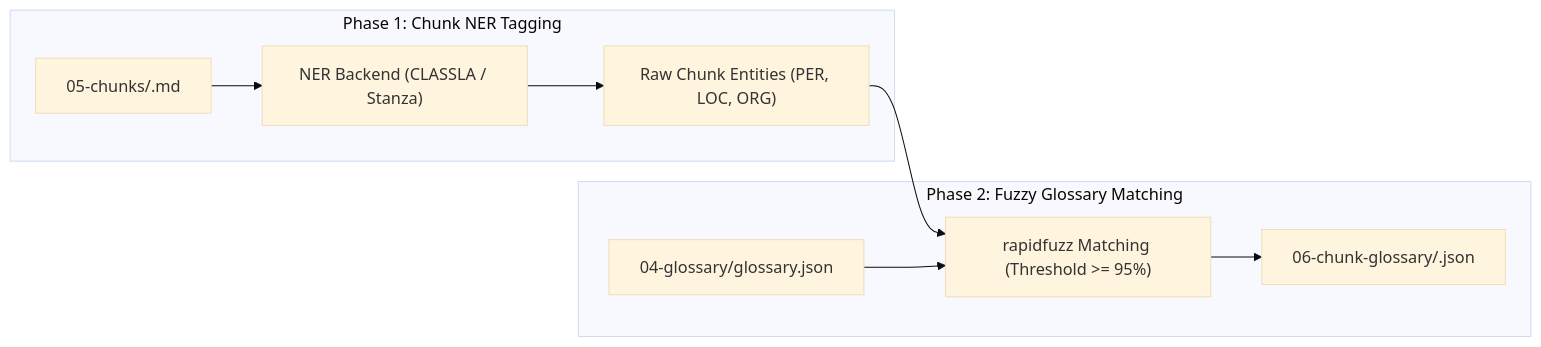
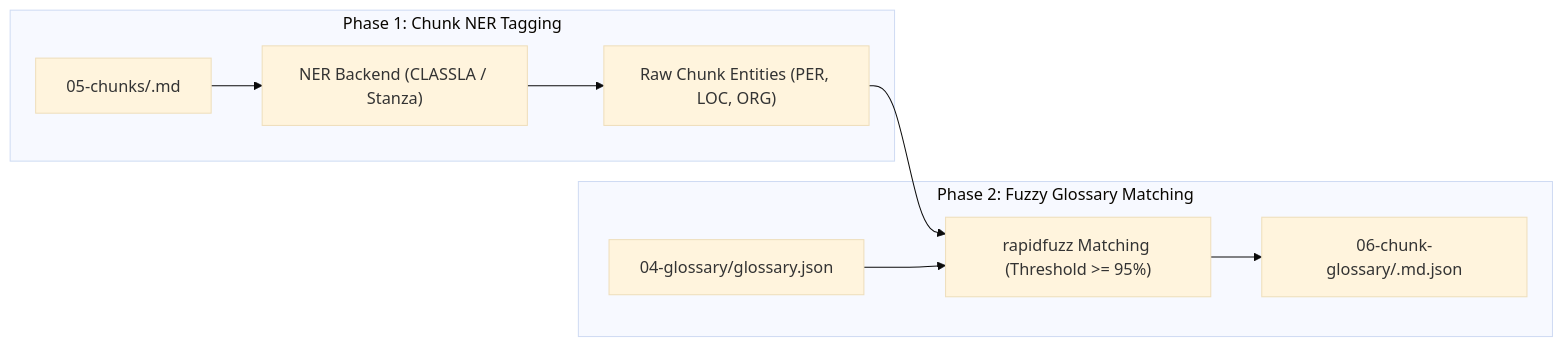
The diagram in docs/pipeline/stages-1-to-6.md (jovistos/blebel-ai-book-translator), drawn with Mermaid (base theme) before and after one commit. The commit also changed other lines of this file and 14 other files, not shown here.

````diff
--- a/docs/pipeline/stages-1-to-6.md
+++ b/docs/pipeline/stages-1-to-6.md
@@ -168,13 +168,13 @@
 ```mermaid
 flowchart LR
     subgraph Phase1["Phase 1: Chunk NER Tagging"]
         C5["05-chunks/<chunk>.md"] --> NER["NER Backend (CLASSLA / Stanza)"]
         NER --> RawTerms["Raw Chunk Entities (PER, LOC, ORG)"]
     end
 
     subgraph Phase2["Phase 2: Fuzzy Glossary Matching"]
         RawTerms --> Fuzzy["rapidfuzz Matching (Threshold >= 95%)"]
         G4["04-glossary/glossary.json"] --> Fuzzy
-        Fuzzy --> Matched["06-chunk-glossary/<chunk>.json"]
+        Fuzzy --> Matched["06-chunk-glossary/<chunk>.md.json"]
     end
 ```
````
